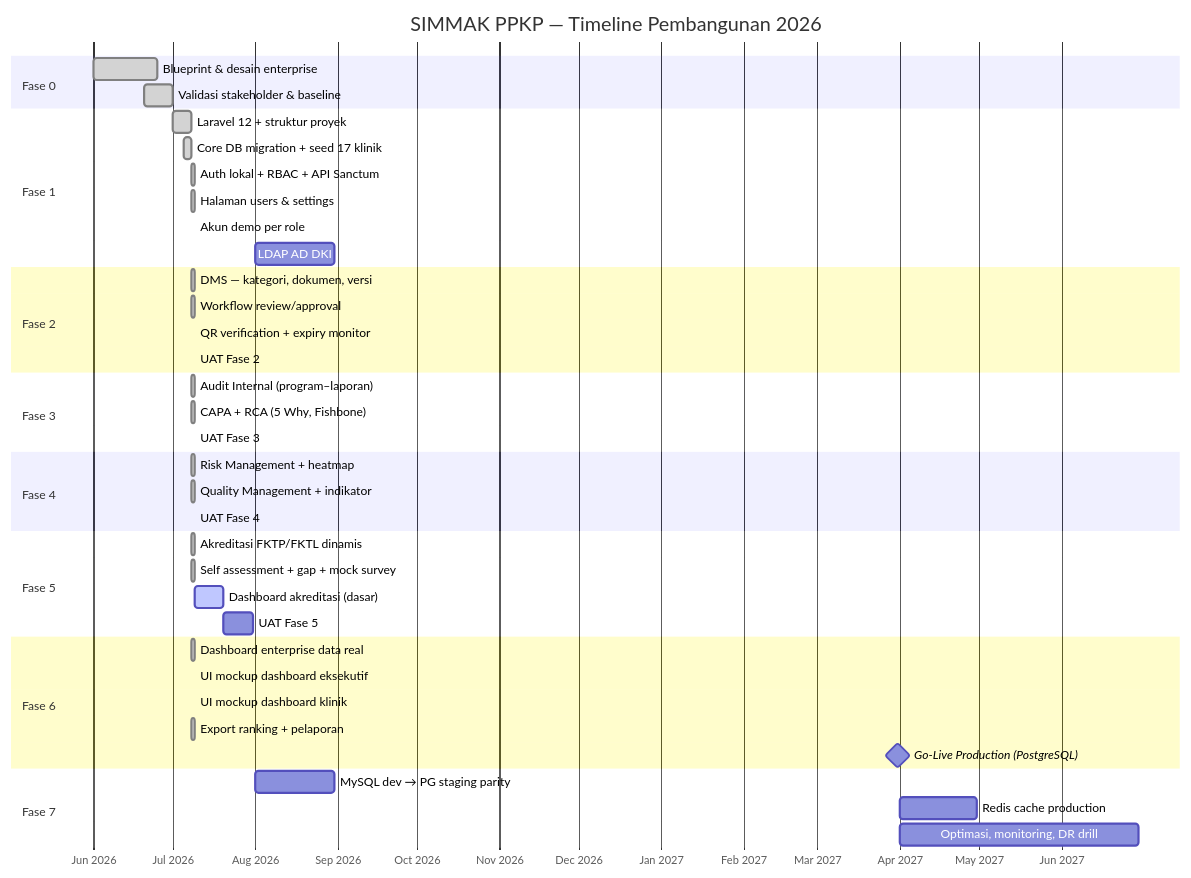
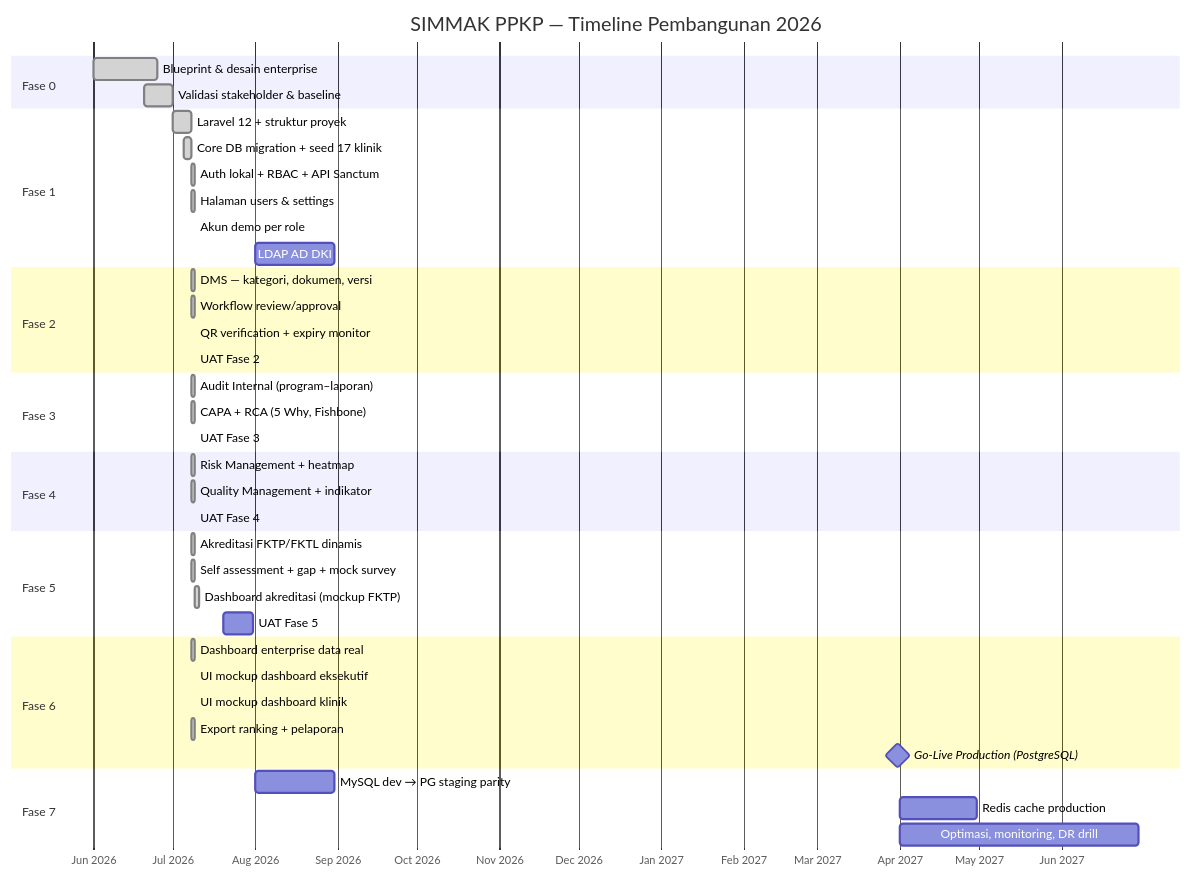
One commit to fadil0701/simmak-ppkp changed the diagram in docs/PROGRESS_TIMELINE.md. Above: the diagram before and after it, drawn with Mermaid. The commit also changed other lines of this file and 33 other files, not shown here.

First line of the commit message:
Add accreditation dashboard mockup UI and user manuals as PDF.

````diff
--- a/docs/PROGRESS_TIMELINE.md
+++ b/docs/PROGRESS_TIMELINE.md
@@ -99,52 +99,52 @@
 ```mermaid
 gantt
     title SIMMAK PPKP — Timeline Pembangunan 2026
     dateFormat  YYYY-MM-DD
     axisFormat  %b %Y
 
     section Fase 0
     Blueprint & desain enterprise     :done, f0a, 2026-06-01, 2026-06-25
     Validasi stakeholder & baseline   :done, f0b, 2026-06-20, 2026-07-01
 
     section Fase 1
     Laravel 12 + struktur proyek      :done, f1a, 2026-07-01, 2026-07-08
     Core DB migration + seed 17 klinik :done, f1b, 2026-07-05, 2026-07-08
     Auth lokal + RBAC + API Sanctum    :done, f1c, 2026-07-08, 2026-07-09
     Halaman users & settings           :done, f1d, 2026-07-08, 2026-07-09
     Akun demo per role                 :done, f1e, 2026-07-09, 2026-07-09
     LDAP AD DKI                        :f1f, 2026-08-01, 2026-08-31
 
     section Fase 2
     DMS — kategori, dokumen, versi    :done, f2a, 2026-07-08, 2026-07-09
     Workflow review/approval          :done, f2b, 2026-07-08, 2026-07-09
     QR verification + expiry monitor  :done, f2c, 2026-07-09, 2026-07-09
     UAT Fase 2                        :done, f2d, 2026-07-09, 2026-07-09
 
     section Fase 3
     Audit Internal (program–laporan)  :done, f3a, 2026-07-08, 2026-07-09
     CAPA + RCA (5 Why, Fishbone)      :done, f3b, 2026-07-08, 2026-07-09
     UAT Fase 3                        :done, f3c, 2026-07-09, 2026-07-09
 
     section Fase 4
     Risk Management + heatmap         :done, f4a, 2026-07-08, 2026-07-09
     Quality Management + indikator    :done, f4b, 2026-07-08, 2026-07-09
     UAT Fase 4                        :done, f4c, 2026-07-09, 2026-07-09
 
     section Fase 5
     Akreditasi FKTP/FKTL dinamis      :done, f5a, 2026-07-08, 2026-07-09
     Self assessment + gap + mock survey :done, f5b, 2026-07-08, 2026-07-09
-    Dashboard akreditasi (dasar)      :active, f5c, 2026-07-09, 2026-07-20
+    Dashboard akreditasi (mockup FKTP) :done, f5c, 2026-07-09, 2026-07-11
     UAT Fase 5                        :f5d, 2026-07-20, 2026-07-31
 
     section Fase 6
     Dashboard enterprise data real    :done, f6a, 2026-07-08, 2026-07-09
     UI mockup dashboard eksekutif     :done, f6b, 2026-07-09, 2026-07-09
     UI mockup dashboard klinik        :done, f6c, 2026-07-09, 2026-07-09
     Export ranking + pelaporan        :done, f6d, 2026-07-08, 2026-07-09
     Go-Live Production (PostgreSQL)   :milestone, golive, 2027-03-31, 0d
 
     section Fase 7
     MySQL dev → PG staging parity     :f7a, 2026-08-01, 2026-08-31
     Redis cache production            :f7b, 2027-04-01, 2027-04-30
     Optimasi, monitoring, DR drill    :f7c, 2027-04-01, 2027-06-30
 ```
````
